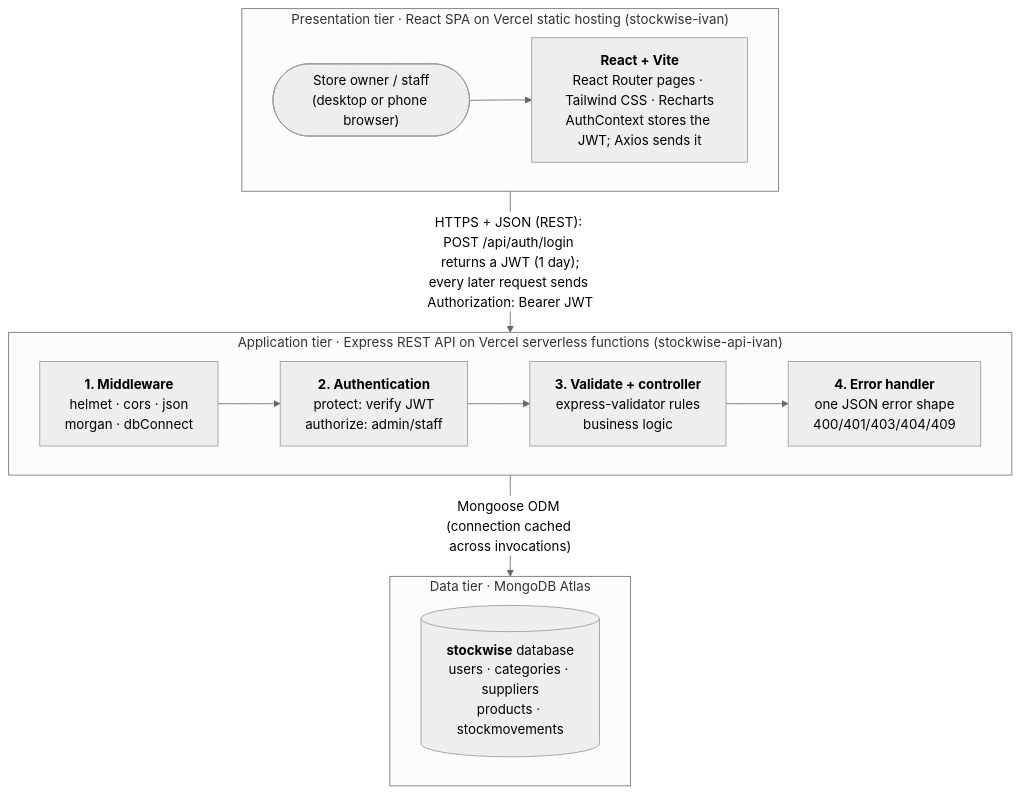
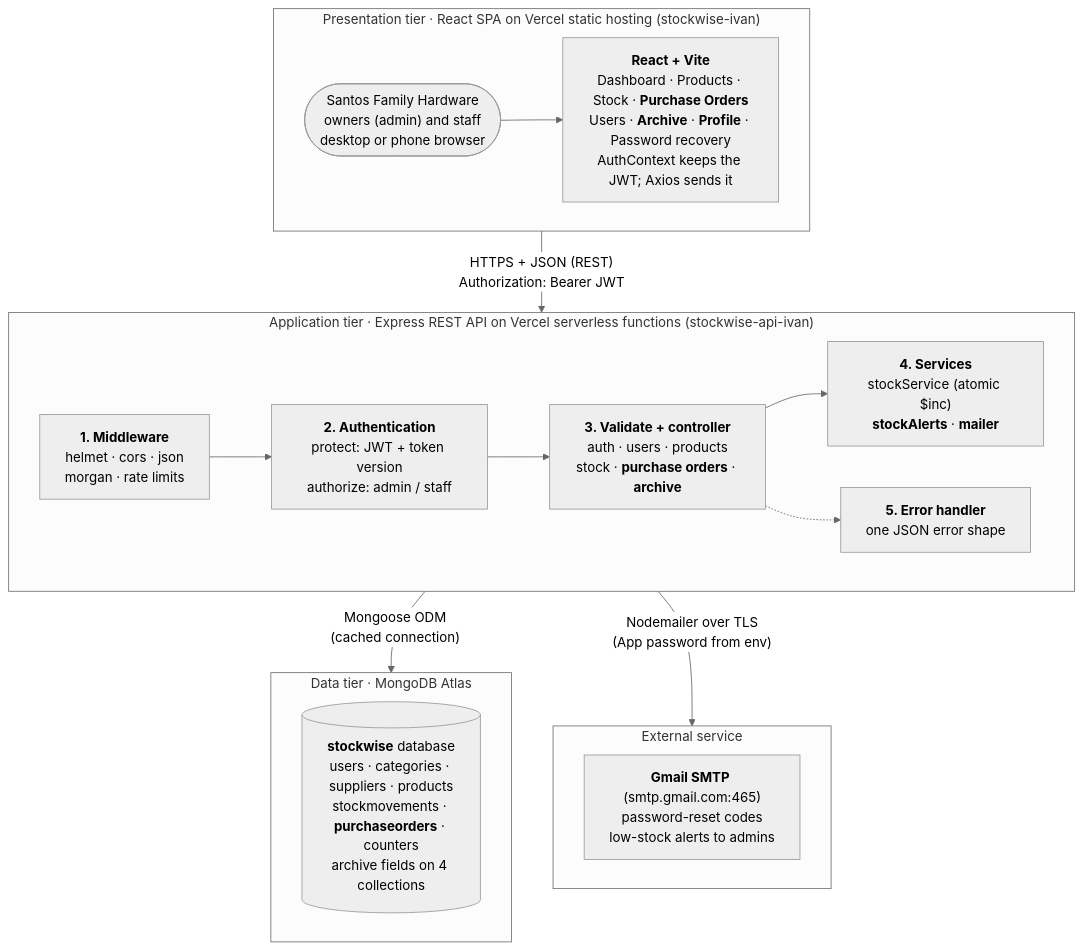
The diagram in docs/diagrams/architecture.mmd (Ivan259483/stockwise), drawn with Mermaid (neutral theme) before and after one commit. The commit also changed 49 other files, not shown here.

Commit message:
docs: architecture with Gmail SMTP and purchase orders, ERDs with archive fields, PO diagrams, new screenshots

```diff
--- a/docs/diagrams/architecture.mmd
+++ b/docs/diagrams/architecture.mmd
@@ -1,24 +1,32 @@
 flowchart TB
     subgraph CLIENT["Presentation tier · React SPA on Vercel static hosting (stockwise-ivan)"]
         direction LR
-        U(["Store owner / staff<br/>(desktop or phone browser)"])
-        C["<b>React + Vite</b><br/>React Router pages · Tailwind CSS · Recharts<br/>AuthContext stores the JWT; Axios sends it"]
+        U(["Santos Family Hardware<br/>owners (admin) and staff<br/>desktop or phone browser"])
+        C["<b>React + Vite</b><br/>Dashboard · Products · Stock · <b>Purchase Orders</b><br/>Users · <b>Archive</b> · <b>Profile</b> · Password recovery<br/>AuthContext keeps the JWT; Axios sends it"]
         U --> C
     end
 
     subgraph API["Application tier · Express REST API on Vercel serverless functions (stockwise-api-ivan)"]
         direction LR
-        M["<b>1. Middleware</b><br/>helmet · cors · json<br/>morgan · dbConnect"]
-        A["<b>2. Authentication</b><br/>protect: verify JWT<br/>authorize: admin/staff"]
-        R["<b>3. Validate + controller</b><br/>express-validator rules<br/>business logic"]
-        E["<b>4. Error handler</b><br/>one JSON error shape<br/>400/401/403/404/409"]
-        M --> A --> R --> E
+        M["<b>1. Middleware</b><br/>helmet · cors · json<br/>morgan · rate limits"]
+        A["<b>2. Authentication</b><br/>protect: JWT + token version<br/>authorize: admin / staff"]
+        R["<b>3. Validate + controller</b><br/>auth · users · products<br/>stock · <b>purchase orders</b> · <b>archive</b>"]
+        S["<b>4. Services</b><br/>stockService (atomic $inc)<br/><b>stockAlerts</b> · <b>mailer</b>"]
+        E["<b>5. Error handler</b><br/>one JSON error shape"]
+        M --> A --> R --> S
+        R -.-> E
     end
 
     subgraph DATA["Data tier · MongoDB Atlas"]
         direction LR
-        D[("<b>stockwise</b> database<br/>users · categories · suppliers<br/>products · stockmovements")]
+        D[("<b>stockwise</b> database<br/>users · categories · suppliers · products<br/>stockmovements · <b>purchaseorders</b> · counters<br/>archive fields on 4 collections")]
     end
 
-    CLIENT -- "HTTPS + JSON (REST): POST /api/auth/login returns a JWT (1 day);<br/>every later request sends Authorization: Bearer JWT" --> API
-    API -- "Mongoose ODM (connection cached across invocations)" --> DATA
+    subgraph EXT["External service"]
+        direction LR
+        G["<b>Gmail SMTP</b> (smtp.gmail.com:465)<br/>password-reset codes<br/>low-stock alerts to admins"]
+    end
+
+    CLIENT -- "HTTPS + JSON (REST)<br/>Authorization: Bearer JWT" --> API
+    API -- "Mongoose ODM<br/>(cached connection)" --> DATA
+    S -- "Nodemailer over TLS<br/>(App password from env)" --> G
```
